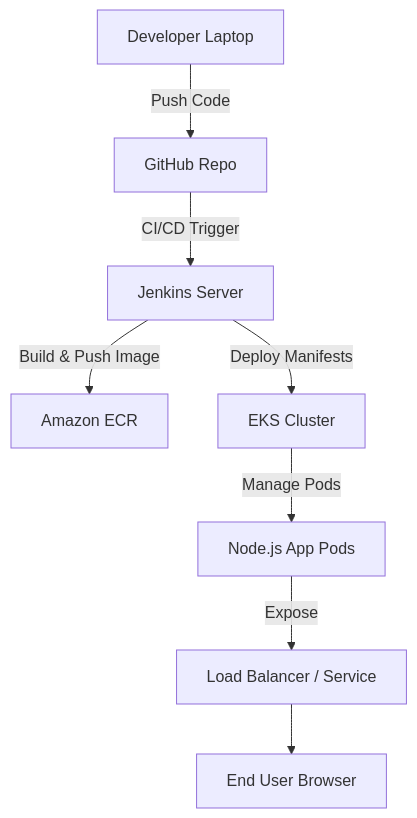
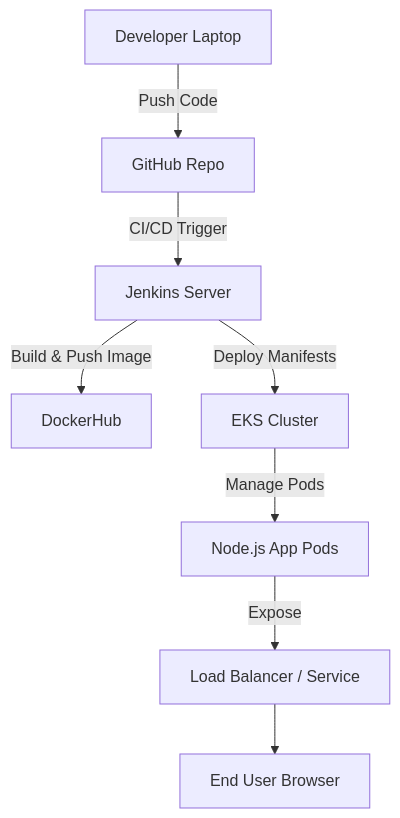
Before and after one commit to PruthvirajPhadatare/Node-js-DevOps-Project: the diagram in README.md, drawn with Mermaid. The commit also changed other lines of this file, not shown here.

````diff
--- a/README.md
+++ b/README.md
@@ -25,10 +25,10 @@
 ```mermaid
 flowchart TD
     A[Developer Laptop] -->|Push Code| B[GitHub Repo]
     B -->|CI/CD Trigger| C[Jenkins Server]
-    C -->|Build & Push Image| D[Amazon ECR]
+    C -->|Build & Push Image| D[DockerHub]
     C -->|Deploy Manifests| E[EKS Cluster]
     E -->|Manage Pods| F[Node.js App Pods]
     F -->|Expose| G[Load Balancer / Service]
     G --> H[End User Browser]
 ```
````
